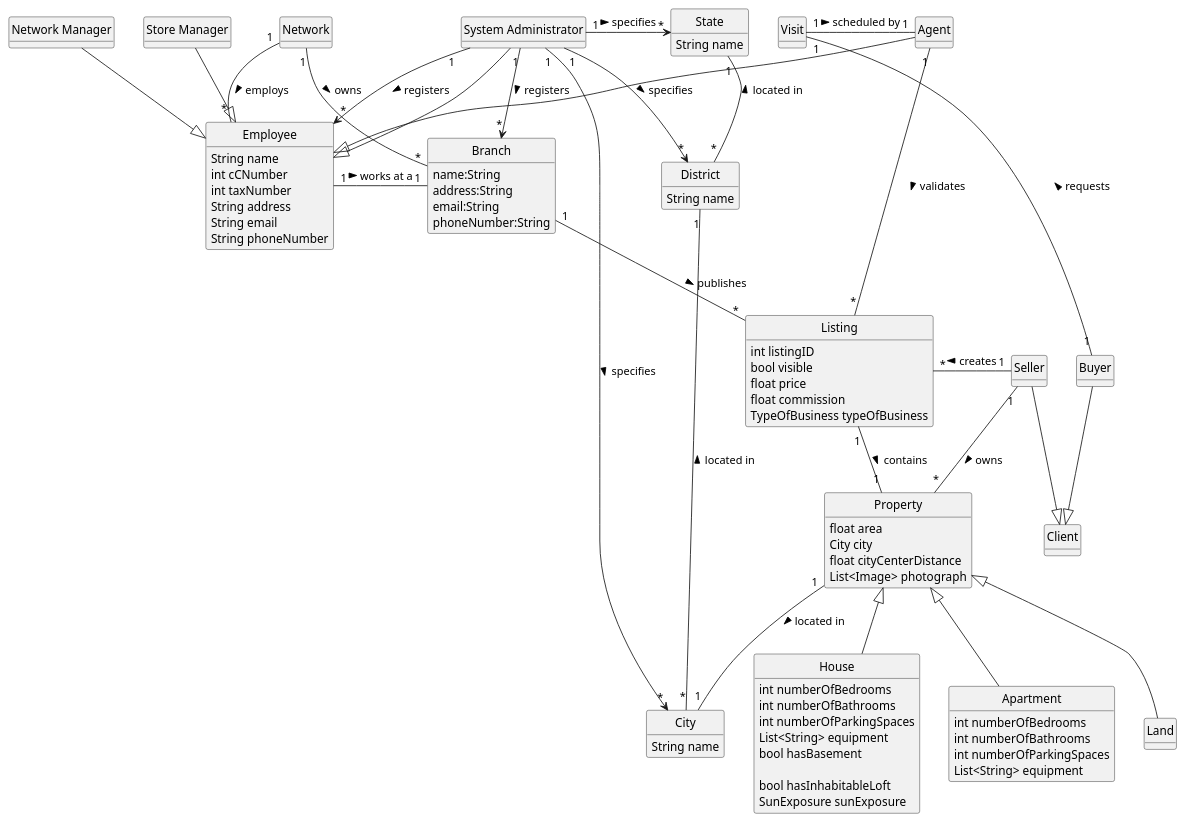
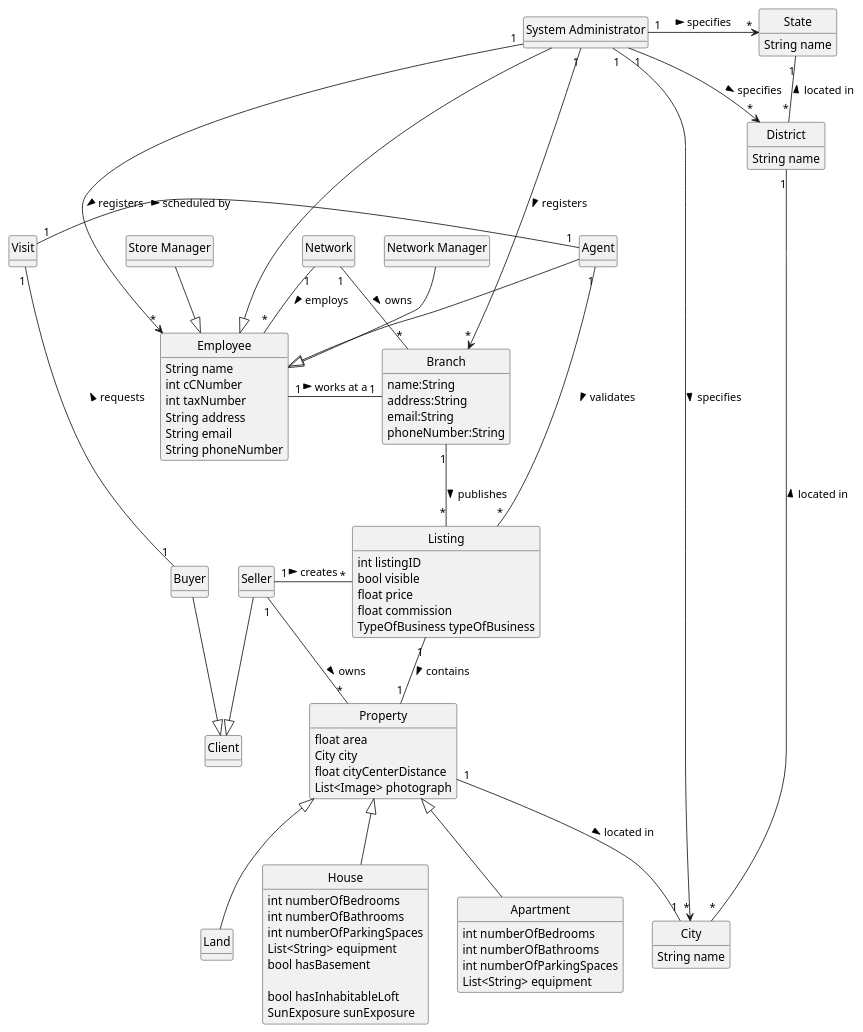
Before and after one commit to tiagohcorreia/LAPR2: the diagram in docs/sprintB/global-artifacts/02.analysis/puml/project-domain-model.puml, drawn with PlantUML. The commit also changed 1 other file, not shown here.

```diff
--- a/docs/sprintB/global-artifacts/02.analysis/puml/project-domain-model.puml
+++ b/docs/sprintB/global-artifacts/02.analysis/puml/project-domain-model.puml
@@ -1,149 +1,149 @@
 @startuml
 'https://plantuml.com/class-diagram
 
 skinparam monochrome true
 skinparam packageStyle rectangle
 skinparam shadowing false
 
 'skinparam linetype ortho
 'left to right direction
 skinparam classAttributeIconSize 0
 skinparam groupInheritance 1
 hide circle
 hide methods
 
 
 Network "1" -- "*" Branch: owns >
 Branch "1" -- "*" Listing: publishes >
 Listing "1" -- "1" Property: contains >
 
 Network "1" -- "*" Employee: employs >
 
 
 Property <|-- House
 Property <|-- Apartment
 Property <|-- Land
 
 
 "System Administrator" --|> Employee
 "Network Manager" --|> Employee
 "Store Manager" --|> Employee
 Agent --|> Employee
 
 Employee "1" - "1" Branch: works at a >
 
-"System Administrator" "1" --> "*" Employee: registers >
-"System Administrator" "1" -> "*" Branch: registers >
+"System Administrator" "1" ----> "*" Employee: registers >
+"System Administrator" "1" ---> "*" Branch: registers >
 
 
 "System Administrator" "1" -> "*" State: specifies >
 "System Administrator" "1" -> "*" District: specifies >
 "System Administrator" "1" -> "*" City: specifies >
 
 
 together {
 Buyer --|> Client
 Seller --|> Client
 }
 
 Seller "1" - "*" Property: owns >
 Seller "1" - "*" Listing: creates >
 Agent "1" - "*" Listing: validates >
 Visit "1" - "1" Buyer: requests <
 Visit "1" - "1" Agent: scheduled by >
 
 together {
 Property "1" -- "1" City: located in >
 District "1" -- "*" City: located in <
 State "1" -- "*" District: located in <
 }
 
 
 class Network{
 
 }
 
 class Branch{
 name:String
 address:String
 email:String
 phoneNumber:String
 }
 
 class Employee{
 String name
 int cCNumber
 int taxNumber
 String address
 String email
 String phoneNumber
 }
 
 together {
 class "System Administrator"
 
 class "Network Manager"
 
 class "Store Manager"
 
 class Agent
 }
 
 class Client
 class Buyer
 class Seller
 
 class Visit{
 
 }
 
 class Listing{
 int listingID
 bool visible
 float price
 float commission
 TypeOfBusiness typeOfBusiness
 }
 
 
 class Property{
 float area
 City city
 float cityCenterDistance
 List<Image> photograph
 }
 
 class House{
 int numberOfBedrooms
 int numberOfBathrooms
 int numberOfParkingSpaces
 List<String> equipment
 bool hasBasement
 
 bool hasInhabitableLoft
 SunExposure sunExposure
 }
 
 class Apartment{
 int numberOfBedrooms
 int numberOfBathrooms
 int numberOfParkingSpaces
 List<String> equipment
 }
 
 class Land{
 }
 
 class State{
 String name
 }
 class District{
 String name
 }
 class City{
 String name
 }
 
 
 
 @enduml
```
